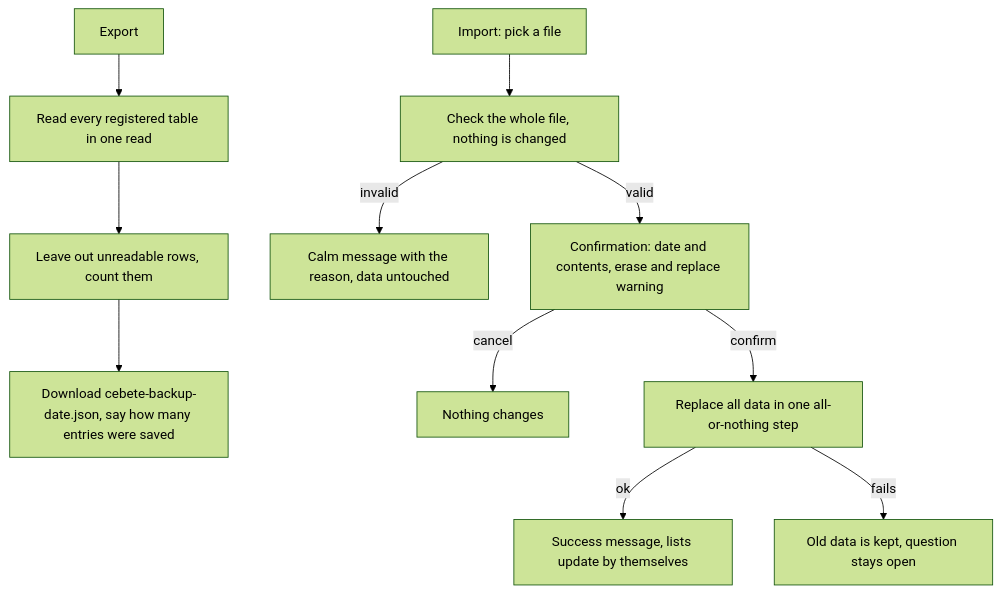
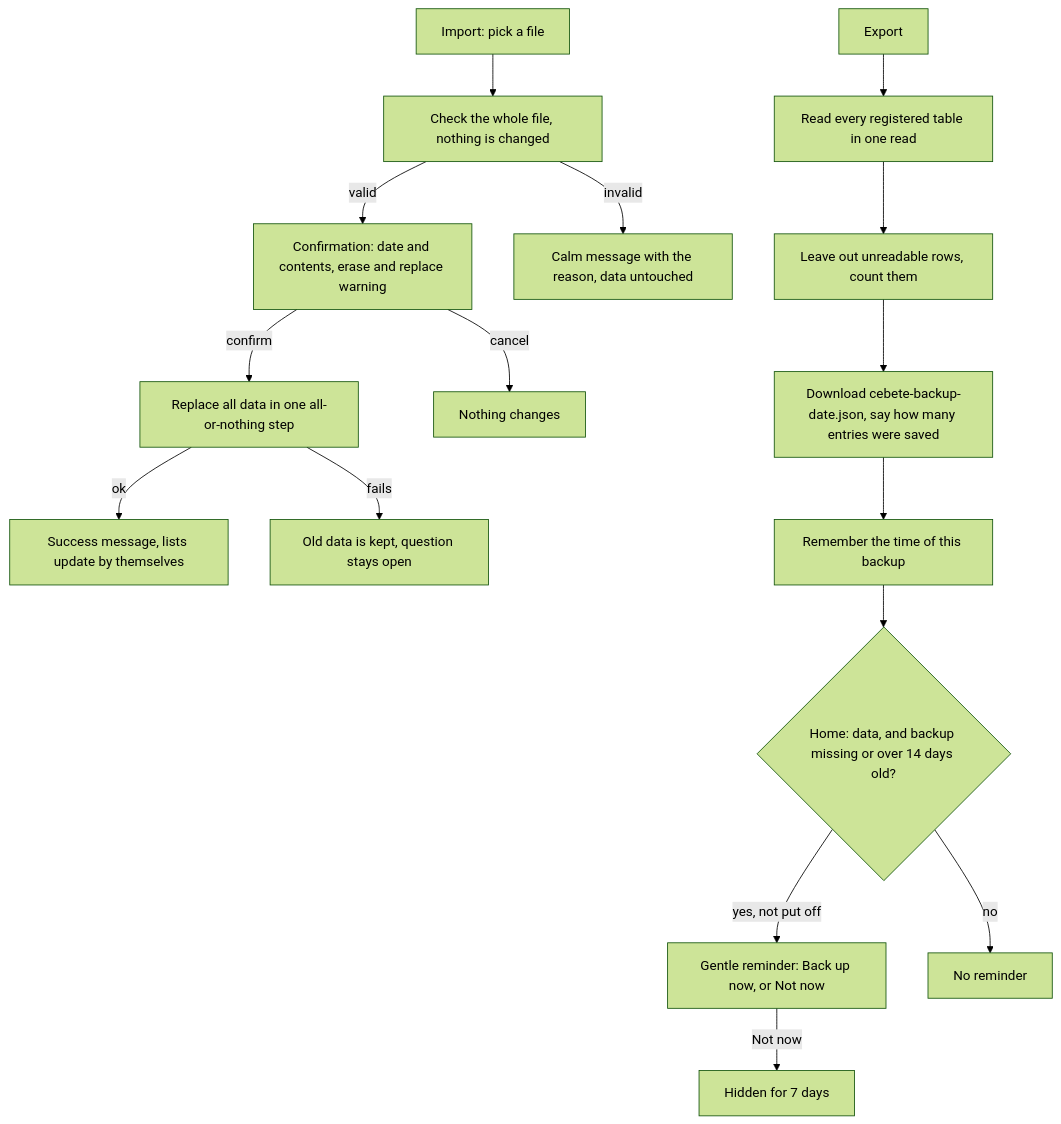
The diagram in docs/specs/backup/spec.md (joshualauw/cebete), drawn with Mermaid (forest theme) before and after one commit. The commit also changed other lines of this file and 8 other files, not shown here.

````diff
--- a/docs/specs/backup/spec.md
+++ b/docs/specs/backup/spec.md
@@ -7,13 +7,18 @@
 ```mermaid
 flowchart TD
     A[Export] --> B[Read every registered table in one read]
     B --> C[Leave out unreadable rows, count them]
     C --> D[Download cebete-backup-date.json, say how many entries were saved]
     E[Import: pick a file] --> F[Check the whole file, nothing is changed]
     F -- invalid --> G[Calm message with the reason, data untouched]
     F -- valid --> H[Confirmation: date and contents, erase and replace warning]
     H -- cancel --> I[Nothing changes]
     H -- confirm --> J[Replace all data in one all-or-nothing step]
     J -- ok --> K[Success message, lists update by themselves]
     J -- fails --> L[Old data is kept, question stays open]
+    D --> M[Remember the time of this backup]
+    M --> N{Home: data, and backup missing or over 14 days old?}
+    N -- yes, not put off --> O[Gentle reminder: Back up now, or Not now]
+    O -- Not now --> P[Hidden for 7 days]
+    N -- no --> Q[No reminder]
 ```
````
